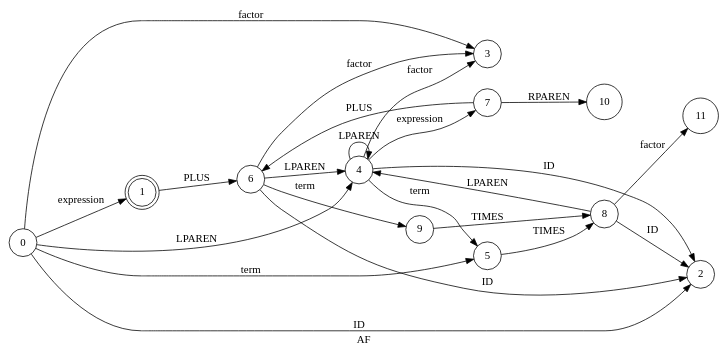
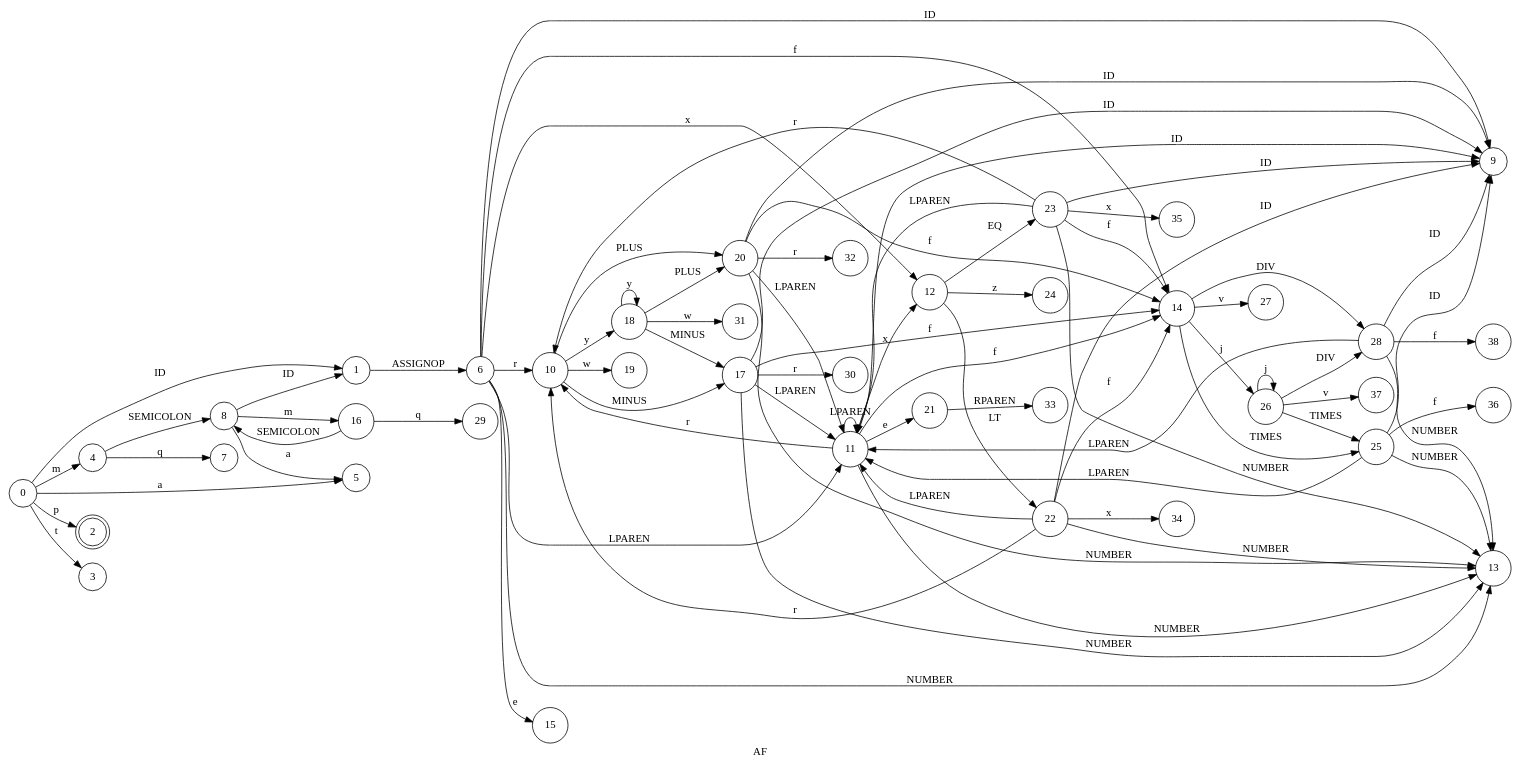
One commit to Danval-003/Construction_Syntax_Analyzer_SLR changed the diagram in LR0/default/LR0_explicit.gv. Above: the diagram before and after it, drawn with Graphviz. The commit also changed 48 other files, not shown here.

```diff
--- a/LR0/default/LR0_explicit.gv
+++ b/LR0/default/LR0_explicit.gv
@@ -1,39 +1,121 @@
 // LR0
 digraph {
 	rankdir=LR
 	label=AF
 	0 [label=0 shape=circle]
-	1 [label=1 shape=doublecircle]
+	1 [label=1 shape=circle]
 	6 [label=6 shape=circle]
-	2 [label=2 shape=circle]
-	6 -> 2 [label=ID]
+	9 [label=9 shape=circle]
+	6 -> 9 [label=ID]
+	10 [label=10 shape=circle]
+	17 [label=17 shape=circle]
+	17 -> 9 [label=ID]
+	30 [label=30 shape=circle]
+	17 -> 30 [label=r]
+	11 [label=11 shape=circle]
+	11 -> 9 [label=ID]
+	11 -> 10 [label=r]
+	11 -> 11 [label=LPAREN]
+	12 [label=12 shape=circle]
+	22 [label=22 shape=circle]
+	22 -> 9 [label=ID]
+	22 -> 10 [label=r]
+	22 -> 11 [label=LPAREN]
+	34 [label=34 shape=circle]
+	22 -> 34 [label=x]
+	13 [label=13 shape=circle]
+	22 -> 13 [label=NUMBER]
+	14 [label=14 shape=circle]
+	25 [label=25 shape=circle]
+	25 -> 9 [label=ID]
+	25 -> 11 [label=LPAREN]
+	25 -> 13 [label=NUMBER]
+	36 [label=36 shape=circle]
+	25 -> 36 [label=f]
+	14 -> 25 [label=TIMES]
+	26 [label=26 shape=circle]
+	26 -> 25 [label=TIMES]
+	26 -> 26 [label=j]
+	37 [label=37 shape=circle]
+	26 -> 37 [label=v]
+	28 [label=28 shape=circle]
+	28 -> 9 [label=ID]
+	28 -> 11 [label=LPAREN]
+	28 -> 13 [label=NUMBER]
+	38 [label=38 shape=circle]
+	28 -> 38 [label=f]
+	26 -> 28 [label=DIV]
+	14 -> 26 [label=j]
+	27 [label=27 shape=circle]
+	14 -> 27 [label=v]
+	14 -> 28 [label=DIV]
+	22 -> 14 [label=f]
+	12 -> 22 [label=LT]
+	23 [label=23 shape=circle]
+	23 -> 9 [label=ID]
+	23 -> 10 [label=r]
+	23 -> 11 [label=LPAREN]
+	35 [label=35 shape=circle]
+	23 -> 35 [label=x]
+	23 -> 13 [label=NUMBER]
+	23 -> 14 [label=f]
+	12 -> 23 [label=EQ]
+	24 [label=24 shape=circle]
+	12 -> 24 [label=z]
+	11 -> 12 [label=x]
+	11 -> 13 [label=NUMBER]
+	11 -> 14 [label=f]
+	21 [label=21 shape=circle]
+	33 [label=33 shape=circle]
+	21 -> 33 [label=RPAREN]
+	11 -> 21 [label=e]
+	17 -> 11 [label=LPAREN]
+	17 -> 13 [label=NUMBER]
+	17 -> 14 [label=f]
+	10 -> 17 [label=MINUS]
+	18 [label=18 shape=circle]
+	18 -> 17 [label=MINUS]
+	18 -> 18 [label=y]
+	31 [label=31 shape=circle]
+	18 -> 31 [label=w]
+	20 [label=20 shape=circle]
+	20 -> 9 [label=ID]
+	32 [label=32 shape=circle]
+	20 -> 32 [label=r]
+	20 -> 11 [label=LPAREN]
+	20 -> 13 [label=NUMBER]
+	20 -> 14 [label=f]
+	18 -> 20 [label=PLUS]
+	10 -> 18 [label=y]
+	19 [label=19 shape=circle]
+	10 -> 19 [label=w]
+	10 -> 20 [label=PLUS]
+	6 -> 10 [label=r]
+	6 -> 11 [label=LPAREN]
+	6 -> 12 [label=x]
+	6 -> 13 [label=NUMBER]
+	6 -> 14 [label=f]
+	15 [label=15 shape=circle]
+	6 -> 15 [label=e]
+	1 -> 6 [label=ASSIGNOP]
+	0 -> 1 [label=ID]
+	2 [label=2 shape=doublecircle]
+	0 -> 2 [label=p]
 	3 [label=3 shape=circle]
-	6 -> 3 [label=factor]
+	0 -> 3 [label=t]
 	4 [label=4 shape=circle]
 	7 [label=7 shape=circle]
-	7 -> 6 [label=PLUS]
-	10 [label=10 shape=circle]
-	7 -> 10 [label=RPAREN]
-	4 -> 7 [label=expression]
-	4 -> 2 [label=ID]
-	4 -> 3 [label=factor]
-	4 -> 4 [label=LPAREN]
+	4 -> 7 [label=q]
+	8 [label=8 shape=circle]
+	8 -> 1 [label=ID]
+	16 [label=16 shape=circle]
+	29 [label=29 shape=circle]
+	16 -> 29 [label=q]
+	16 -> 8 [label=SEMICOLON]
+	8 -> 16 [label=m]
 	5 [label=5 shape=circle]
-	8 [label=8 shape=circle]
-	8 -> 2 [label=ID]
-	11 [label=11 shape=circle]
-	8 -> 11 [label=factor]
-	8 -> 4 [label=LPAREN]
-	5 -> 8 [label=TIMES]
-	4 -> 5 [label=term]
-	6 -> 4 [label=LPAREN]
-	9 [label=9 shape=circle]
-	9 -> 8 [label=TIMES]
-	6 -> 9 [label=term]
-	1 -> 6 [label=PLUS]
-	0 -> 1 [label=expression]
-	0 -> 2 [label=ID]
-	0 -> 3 [label=factor]
-	0 -> 4 [label=LPAREN]
-	0 -> 5 [label=term]
+	8 -> 5 [label=a]
+	4 -> 8 [label=SEMICOLON]
+	0 -> 4 [label=m]
+	0 -> 5 [label=a]
 }
```
